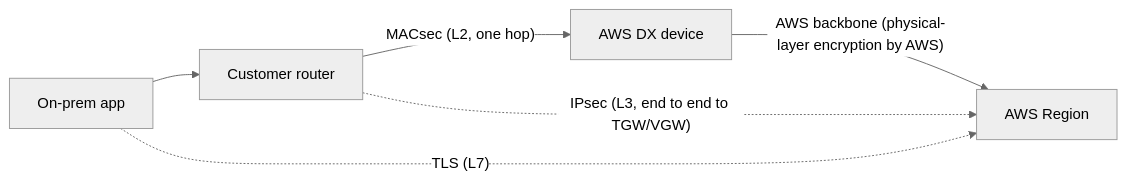
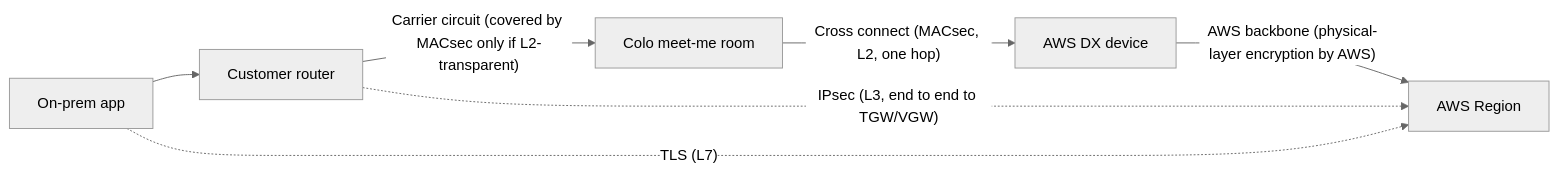
One commit to 0-draft/cross-connect changed the first of 2 diagrams in docs/08-security.md. Above: the diagram before and after it, drawn with Mermaid (neutral theme). The commit also changed other lines of this file and 4 other files, not shown here.

Commit message:
fix(security): MACsec covers the carrier only if it is Layer 2 transparent; draw carrier and cross connect separately

````diff
--- a/docs/08-security.md
+++ b/docs/08-security.md
@@ -21,8 +26,9 @@
 ```mermaid
 flowchart LR
   App[On-prem app] --> R[Customer router]
-  R -- "MACsec (L2, one hop)" --> DXD[AWS DX device]
+  R -- "Carrier circuit (covered by MACsec only if L2-transparent)" --> MMR[Colo meet-me room]
+  MMR -- "Cross connect (MACsec, L2, one hop)" --> DXD[AWS DX device]
   DXD -- "AWS backbone (physical-layer encryption by AWS)" --> Region[AWS Region]
   R -. "IPsec (L3, end to end to TGW/VGW)" .-> Region
   App -. "TLS (L7)" .-> Region
 ```
````
